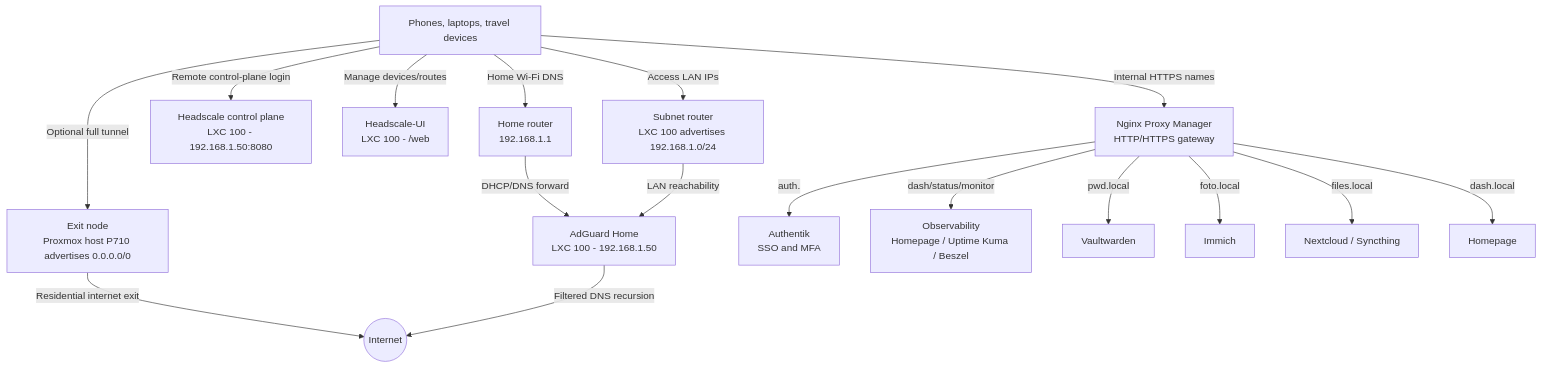
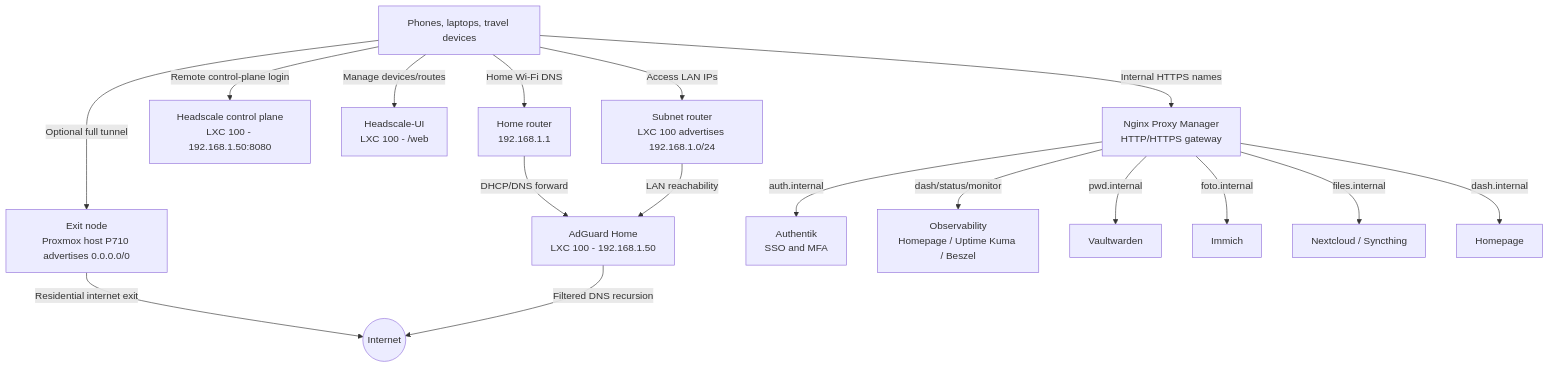
One commit to Mohamed-DN/Sovereign-Homelab changed the first of 2 diagrams in docs/infrastructure_plan_and_map.md. Above: the diagram before and after it, drawn with Mermaid. The commit also changed 23 other files, not shown here.

````diff
--- a/docs/infrastructure_plan_and_map.md
+++ b/docs/infrastructure_plan_and_map.md
@@ -13,33 +13,33 @@
 ```mermaid
 graph TD
     User["Phones, laptops, travel devices"]
     Router["Home router<br>192.168.1.1"]
     Internet(("Internet"))
 
     DNS["AdGuard Home<br>LXC 100 - 192.168.1.50"]
     Headscale["Headscale control plane<br>LXC 100 - 192.168.1.50:8080"]
     UI["Headscale-UI<br>LXC 100 - /web"]
     Subnet["Subnet router<br>LXC 100 advertises 192.168.1.0/24"]
     Exit["Exit node<br>Proxmox host P710 advertises 0.0.0.0/0"]
     Proxy["Nginx Proxy Manager<br>HTTP/HTTPS gateway"]
     Auth["Authentik<br>SSO and MFA"]
     Obs["Observability<br>Homepage / Uptime Kuma / Beszel"]
 
     User -->|Home Wi-Fi DNS| Router
     Router -->|DHCP/DNS forward| DNS
     User -->|Remote control-plane login| Headscale
     User -->|Manage devices/routes| UI
     User -->|Access LAN IPs| Subnet
     User -->|Optional full tunnel| Exit
     Subnet -->|LAN reachability| DNS
     Exit -->|Residential internet exit| Internet
     DNS -->|Filtered DNS recursion| Internet
     User -->|Internal HTTPS names| Proxy
-    Proxy -->|auth.<domain>| Auth
+    Proxy -->|auth.internal| Auth
     Proxy -->|dash/status/monitor| Obs
 
-    Proxy -->|pwd.local| Vault["Vaultwarden"]
-    Proxy -->|foto.local| Immich["Immich"]
-    Proxy -->|files.local| Files["Nextcloud / Syncthing"]
-    Proxy -->|dash.local| Dash["Homepage"]
+    Proxy -->|pwd.internal| Vault["Vaultwarden"]
+    Proxy -->|foto.internal| Immich["Immich"]
+    Proxy -->|files.internal| Files["Nextcloud / Syncthing"]
+    Proxy -->|dash.internal| Dash["Homepage"]
 ```
````
